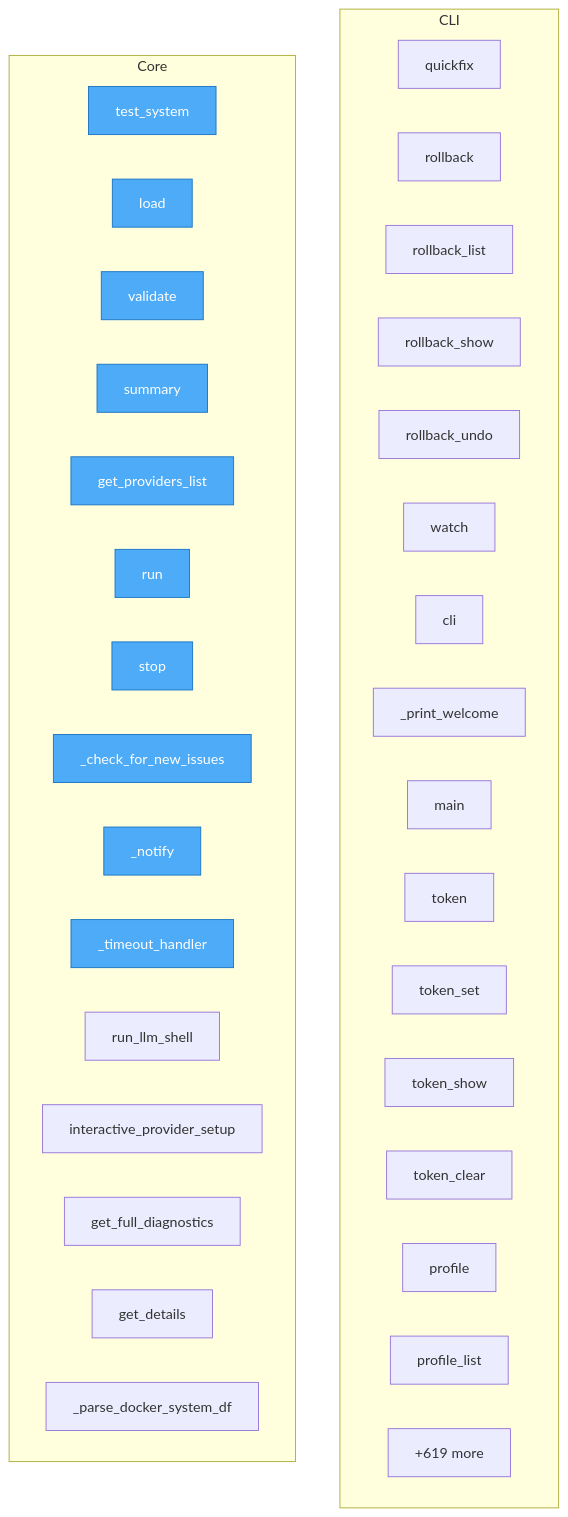
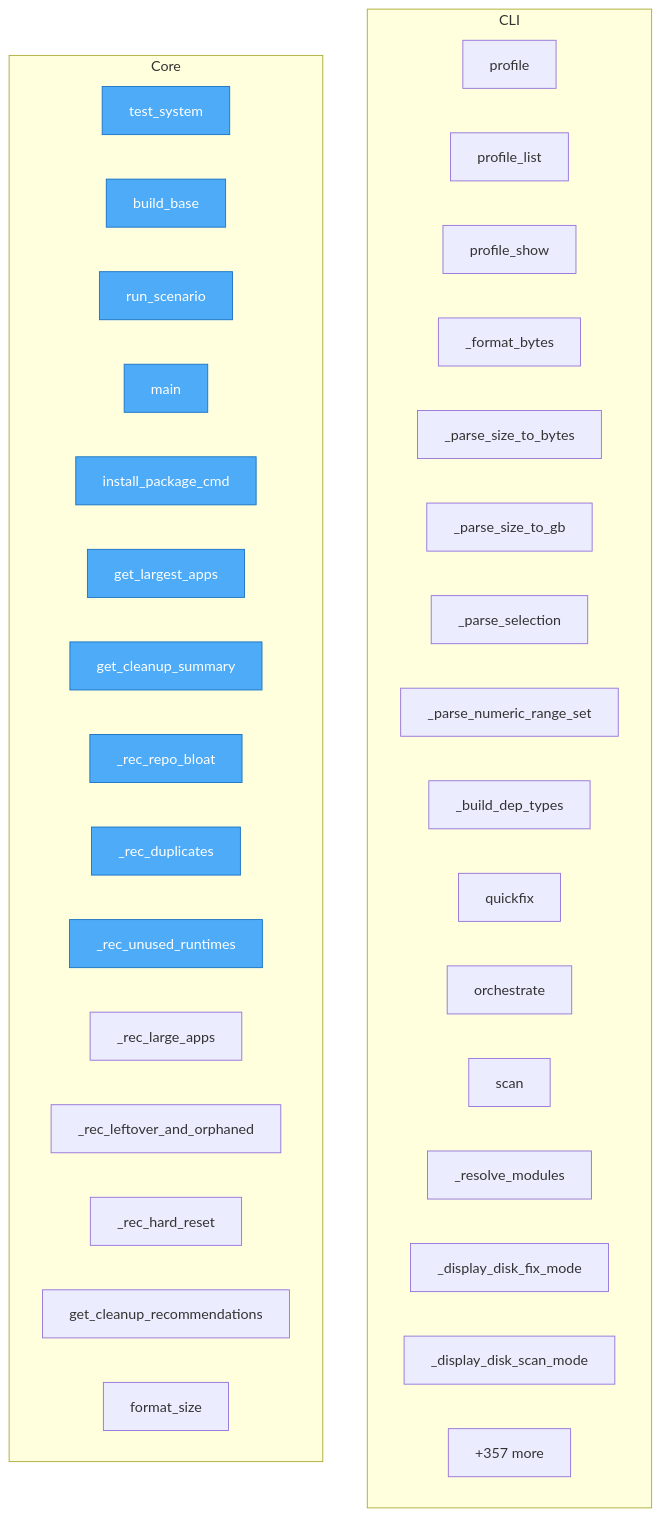
One commit to wronai/fixos changed the diagram in project/flow.mmd. Above: the diagram before and after it, drawn with Mermaid. The commit also changed 57 other files, not shown here.

```diff
--- a/project/flow.mmd
+++ b/project/flow.mmd
@@ -1,44 +1,45 @@
 flowchart TD
+%% generated in 0.01s
 
     %% Entry points (blue)
     classDef entry fill:#4dabf7,stroke:#1971c2,color:#fff
 
     subgraph CLI
-        fixos__cli__quickfix_cmd__quickfix["quickfix"]
-        fixos__cli__rollback_cmd__rollback["rollback"]
-        fixos__cli__rollback_cmd__rollback_list["rollback_list"]
-        fixos__cli__rollback_cmd__rollback_show["rollback_show"]
-        fixos__cli__rollback_cmd__rollback_undo["rollback_undo"]
-        fixos__cli__watch_cmd__watch["watch"]
-        fixos__cli__main__cli["cli"]
-        fixos__cli__main___print_welcome["_print_welcome"]
-        fixos__cli__main__main["main"]
-        fixos__cli__token_cmd__token["token"]
-        fixos__cli__token_cmd__token_set["token_set"]
-        fixos__cli__token_cmd__token_show["token_show"]
-        fixos__cli__token_cmd__token_clear["token_clear"]
         fixos__cli__profile_cmd__profile["profile"]
         fixos__cli__profile_cmd__profile_list["profile_list"]
-        ...["+108 more"]
+        fixos__cli__profile_cmd__profile_show["profile_show"]
+        fixos__cli___cleanup_utils___format_bytes["_format_bytes"]
+        fixos__cli___cleanup_utils___parse_size_to_bytes["_parse_size_to_bytes"]
+        fixos__cli___cleanup_utils___parse_size_to_gb["_parse_size_to_gb"]
+        fixos__cli___cleanup_utils___parse_selection["_parse_selection"]
+        fixos__cli___cleanup_utils___parse_numeric_range_set["_parse_numeric_range_set"]
+        fixos__cli___cleanup_utils___build_dep_types["_build_dep_types"]
+        fixos__cli__quickfix_cmd__quickfix["quickfix"]
+        fixos__cli__orchestrate_cmd__orchestrate["orchestrate"]
+        fixos__cli__scan_cmd__scan["scan"]
+        fixos__cli__scan_cmd___resolve_modules["_resolve_modules"]
+        fixos__cli__scan_cmd___display_disk_fix_mode["_display_disk_fix_mode"]
+        fixos__cli__scan_cmd___display_disk_scan_mode["_display_disk_scan_mode"]
+        ...["+111 more"]
     end
 
     subgraph Core
         docker__test_multi_system__test_system["test_system"]
-        fixos__config__FixOsConfig__load["load"]
-        fixos__config__FixOsConfig__validate["validate"]
-        fixos__config__FixOsConfig__summary["summary"]
-        fixos__config__get_providers_list["get_providers_list"]
-        fixos__watch__WatchDaemon__run["run"]
-        fixos__watch__WatchDaemon__stop["stop"]
-        fixos__watch__WatchDaemon___check_for_new_issues["_check_for_new_issues"]
-        fixos__watch__WatchDaemon___notify["_notify"]
-        fixos__llm_shell___timeout_handler["_timeout_handler"]
-        fixos__llm_shell__run_llm_shell["run_llm_shell"]
-        fixos__config_interactive__interactive_provider_setup["interactive_provider_setup"]
-        fixos__diagnostics__system_checks__get_full_diagnostics["get_full_diagnostics"]
-        fixos__diagnostics__service_details__ServiceDetailsProvider__get_details["get_details"]
-        fixos__diagnostics__service_details__ServiceDetailsProvider___parse_docker_system_df["_parse_docker_system_df"]
-        ...["+619 more"]
+        docker__test_scenarios__build_base["build_base"]
+        docker__test_scenarios__run_scenario["run_scenario"]
+        docker__test_scenarios__main["main"]
+        fixos__platform_utils__install_package_cmd["install_package_cmd"]
+        fixos__diagnostics___flatpak_recommendations_mixin___FlatpakRecommendationsMixin__get_largest_apps["get_largest_apps"]
+        fixos__diagnostics___flatpak_recommendations_mixin___FlatpakRecommendationsMixin__get_cleanup_summary["get_cleanup_summary"]
+        fixos__diagnostics___flatpak_recommendations_mixin___FlatpakRecommendationsMixin___rec_repo_bloat["_rec_repo_bloat"]
+        fixos__diagnostics___flatpak_recommendations_mixin___FlatpakRecommendationsMixin___rec_duplicates["_rec_duplicates"]
+        fixos__diagnostics___flatpak_recommendations_mixin___FlatpakRecommendationsMixin___rec_unused_runtimes["_rec_unused_runtimes"]
+        fixos__diagnostics___flatpak_recommendations_mixin___FlatpakRecommendationsMixin___rec_large_apps["_rec_large_apps"]
+        fixos__diagnostics___flatpak_recommendations_mixin___FlatpakRecommendationsMixin___rec_leftover_and_orphaned["_rec_leftover_and_orphaned"]
+        fixos__diagnostics___flatpak_recommendations_mixin___FlatpakRecommendationsMixin___rec_hard_reset["_rec_hard_reset"]
+        fixos__diagnostics___flatpak_recommendations_mixin___FlatpakRecommendationsMixin__get_cleanup_recommendations["get_cleanup_recommendations"]
+        fixos__diagnostics__utils__format_size["format_size"]
+        ...["+357 more"]
     end
 
-    class docker__test_multi_system__test_system,fixos__config__FixOsConfig__load,fixos__config__FixOsConfig__validate,fixos__config__FixOsConfig__summary,fixos__config__get_providers_list,fixos__watch__WatchDaemon__run,fixos__watch__WatchDaemon__stop,fixos__watch__WatchDaemon___check_for_new_issues,fixos__watch__WatchDaemon___notify,fixos__llm_shell___timeout_handler entry
+    class docker__test_multi_system__test_system,docker__test_scenarios__build_base,docker__test_scenarios__run_scenario,docker__test_scenarios__main,fixos__platform_utils__install_package_cmd,fixos__diagnostics___flatpak_recommendations_mixin___FlatpakRecommendationsMixin__get_largest_apps,fixos__diagnostics___flatpak_recommendations_mixin___FlatpakRecommendationsMixin__get_cleanup_summary,fixos__diagnostics___flatpak_recommendations_mixin___FlatpakRecommendationsMixin___rec_repo_bloat,fixos__diagnostics___flatpak_recommendations_mixin___FlatpakRecommendationsMixin___rec_duplicates,fixos__diagnostics___flatpak_recommendations_mixin___FlatpakRecommendationsMixin___rec_unused_runtimes entry
```
